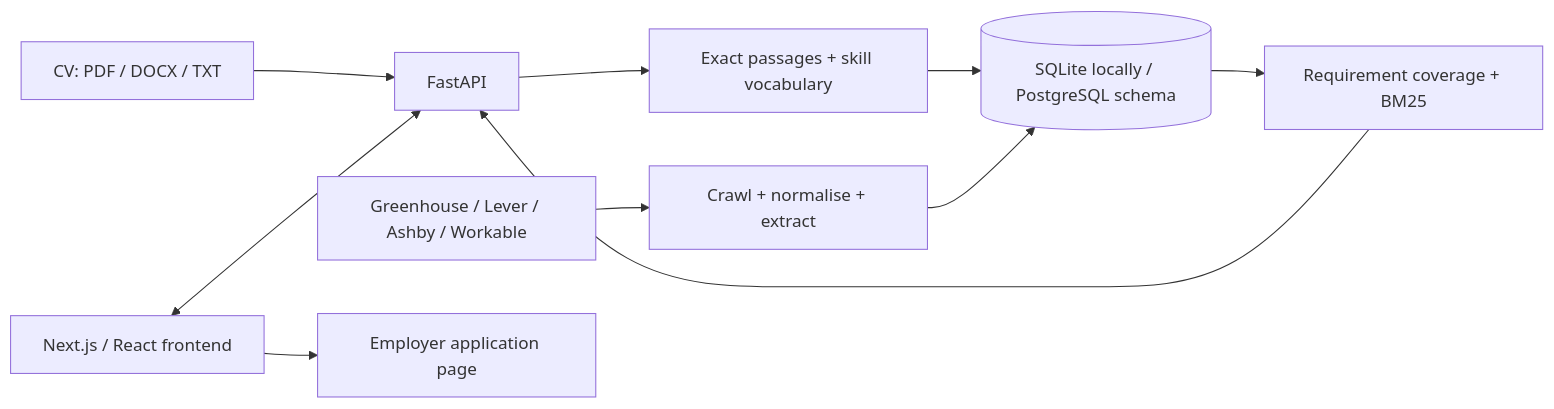
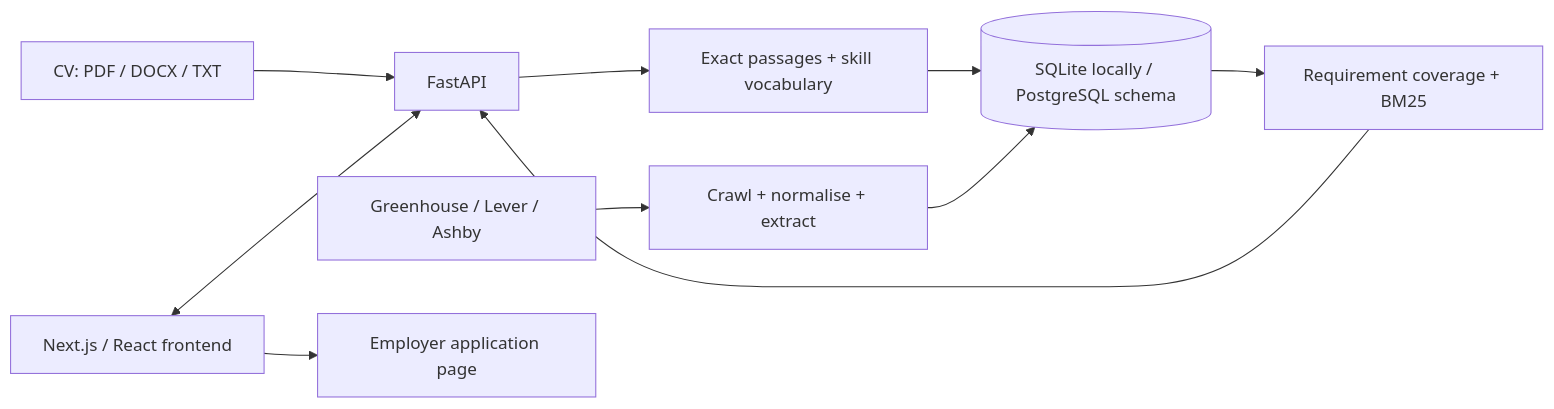
Before and after one commit to filcambitsis/rolefit: the diagram in README.md, drawn with Mermaid. The commit also changed other lines of this file and 18 other files, not shown here.

````diff
--- a/README.md
+++ b/README.md
@@ -61,12 +61,12 @@
 ```mermaid
 flowchart LR
     CV["CV: PDF / DOCX / TXT"] --> API["FastAPI"]
     UI["Next.js / React frontend"] <--> API
     API --> Parse["Exact passages + skill vocabulary"]
     Parse --> DB[("SQLite locally / PostgreSQL schema")]
-    ATS["Greenhouse / Lever / Ashby / Workable"] --> Refresh["Crawl + normalise + extract"]
+    ATS["Greenhouse / Lever / Ashby"] --> Refresh["Crawl + normalise + extract"]
     Refresh --> DB
     DB --> Match["Requirement coverage + BM25"]
     Match --> API
     UI --> Apply["Employer application page"]
 ```
````
